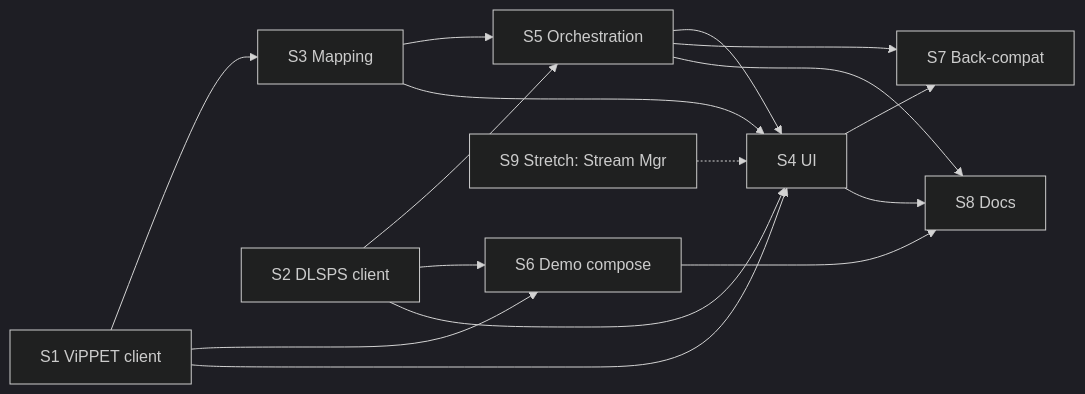
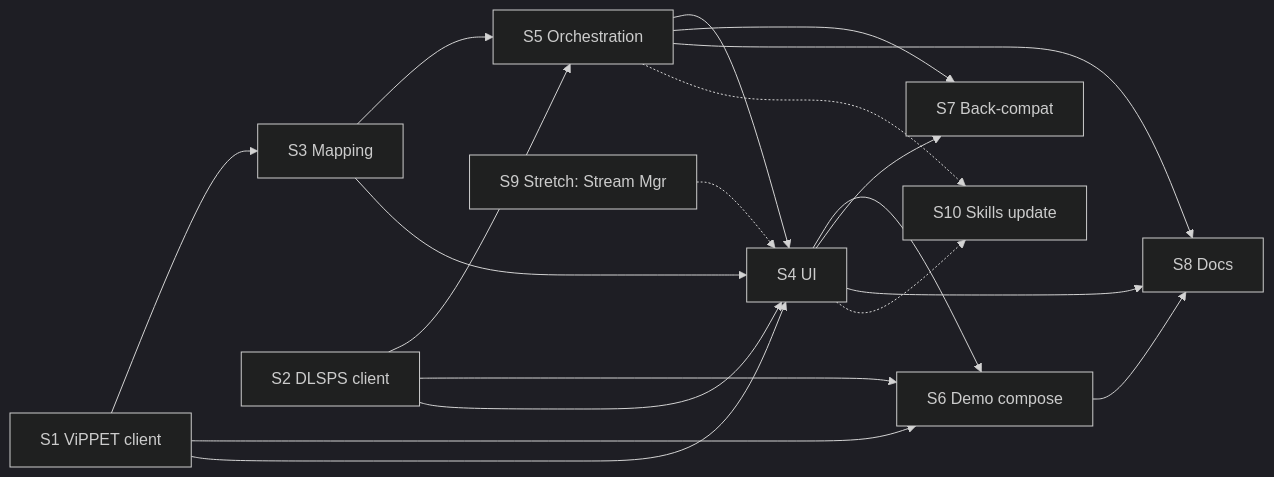
One commit to open-edge-platform/scenescape changed the diagram in .github/plans/plan-mlops-mvp.md. Above: the diagram before and after it, drawn with Mermaid (dark theme). The commit also changed other lines of this file, not shown here.

Commit message:
docs: refine MLOps MVP plan (client-lib location, S3/S4 scope, S10 skills, logging)

````diff
--- a/.github/plans/plan-mlops-mvp.md
+++ b/.github/plans/plan-mlops-mvp.md
@@ -297,18 +428,21 @@
 ```mermaid
 graph LR
   S1[S1 ViPPET client] --> S3[S3 Mapping]
   S1 --> S6[S6 Demo compose]
   S2[S2 DLSPS client] --> S5[S5 Orchestration]
   S2 --> S6
   S3 --> S5
   S3 --> S4[S4 UI]
   S5 --> S4
   S1 --> S4
   S2 --> S4
+  S4 --> S6
   S4 --> S7[S7 Back-compat]
   S5 --> S7
   S4 --> S8[S8 Docs]
   S5 --> S8
   S6 --> S8
   S9[S9 Stretch: Stream Mgr] -.-> S4
+  S5 -.-> S10[S10 Skills update]
+  S4 -.-> S10
 ```
````
